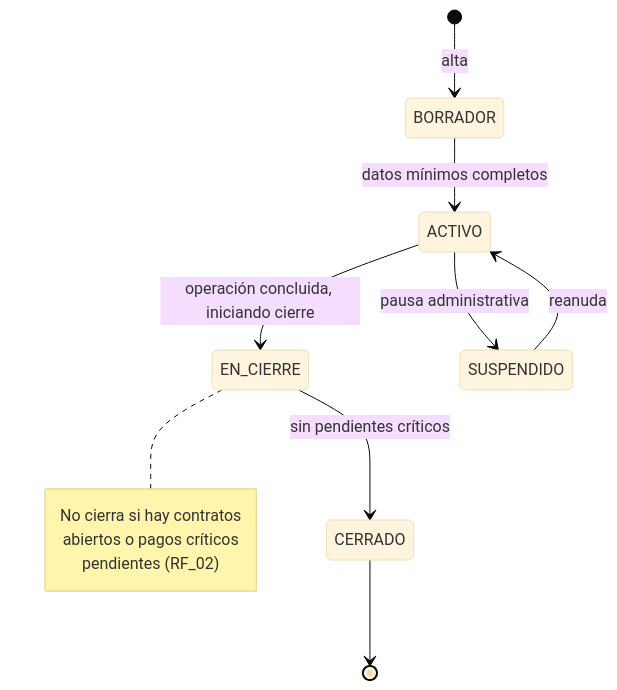
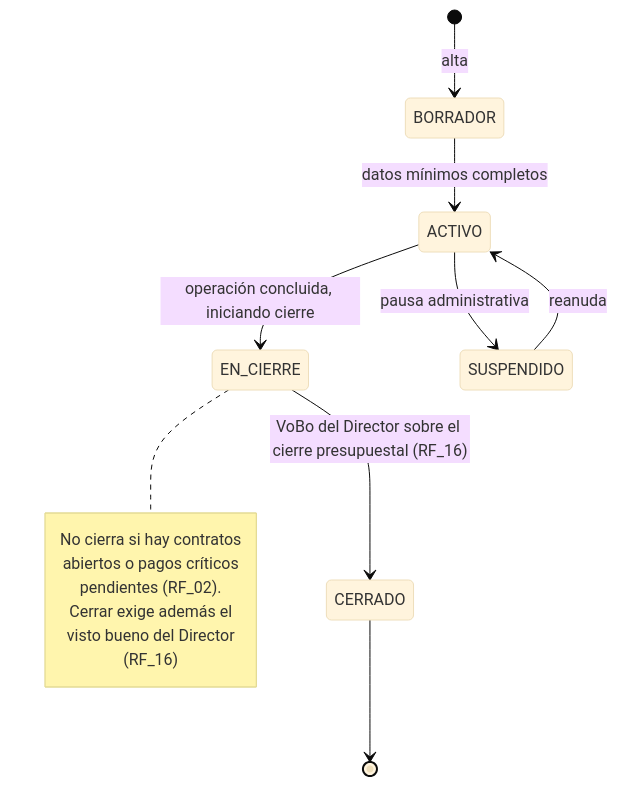
The fourth of 5 diagrams in sistema_organizacion/diseño/diagramas/02_maquinas_de_estado.md (mirandajuan3007-bit/SistemaOrgananizacion), drawn with Mermaid (base theme) before and after one commit. The commit also changed other lines of this file and 18 other files, not shown here.

````diff
--- a/sistema_organizacion/diseño/diagramas/02_maquinas_de_estado.md
+++ b/sistema_organizacion/diseño/diagramas/02_maquinas_de_estado.md
@@ -92,16 +108,19 @@
 ```mermaid
 stateDiagram-v2
     [*] --> BORRADOR : alta
     BORRADOR --> ACTIVO : datos mínimos completos
     ACTIVO --> EN_CIERRE : operación concluida, iniciando cierre
-    EN_CIERRE --> CERRADO : sin pendientes críticos
+    EN_CIERRE --> CERRADO : VoBo del Director sobre el cierre presupuestal (RF_16)
     ACTIVO --> SUSPENDIDO : pausa administrativa
     SUSPENDIDO --> ACTIVO : reanuda
     CERRADO --> [*]
 
     note right of EN_CIERRE
         No cierra si hay contratos
         abiertos o pagos críticos
-        pendientes (RF_02)
+        pendientes (RF_02).
+        Cerrar exige además el
+        visto bueno del Director
+        (RF_16)
     end note
 ```
````
